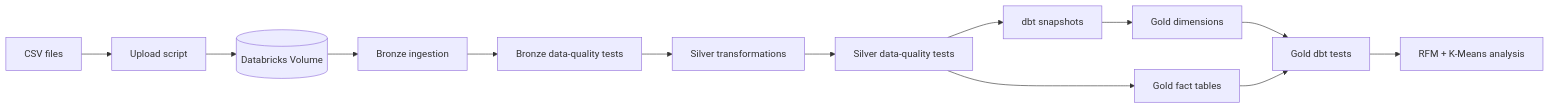
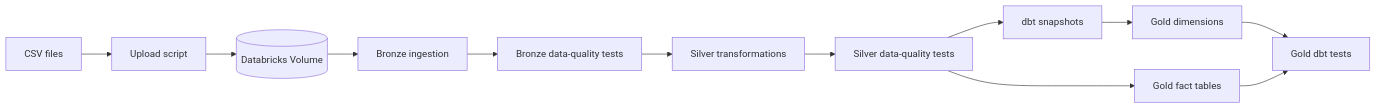
One commit to NXPLabs/Olist_Data_Pipeline changed the first of 2 diagrams in README.md. Above: the diagram before and after it, drawn with Mermaid.

````diff
--- a/README.md
+++ b/README.md
@@ -7,15 +7,14 @@
 ```mermaid
 flowchart LR
     CSV[CSV files] --> UP[Upload script]
     UP --> VOL[(Databricks Volume)]
     VOL --> BR[Bronze ingestion]
     BR --> BT[Bronze data-quality tests]
     BT --> SV[Silver transformations]
     SV --> ST[Silver data-quality tests]
     ST --> SS[dbt snapshots]
     SS --> DG[Gold dimensions]
     ST --> FF[Gold fact tables]
     DG --> GT[Gold dbt tests]
     FF --> GT
-    GT --> NB[RFM + K-Means analysis]
 ```
````
